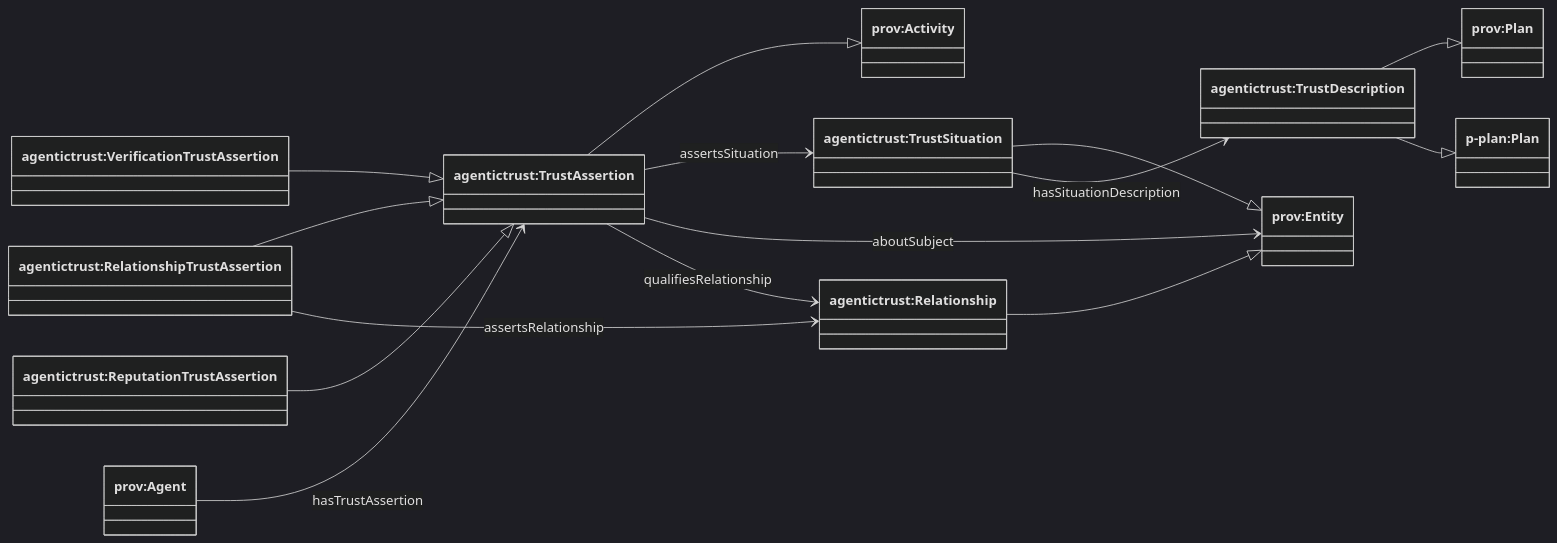
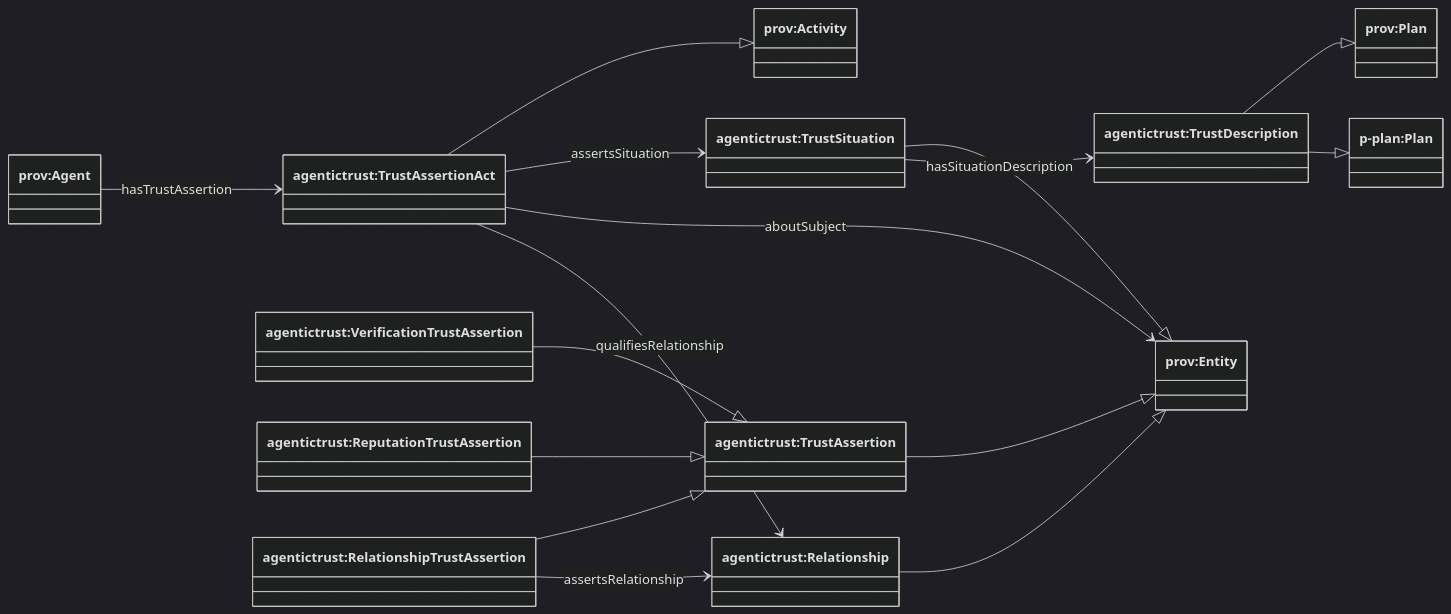
Before and after one commit to Agentic-Trust-Layer/agent-explorer: the first of 2 diagrams in docs/ontology/agentictrust-overview.md, drawn with Mermaid (dark theme). The commit also changed other lines of this file and 6 other files, not shown here.

````diff
--- a/docs/ontology/agentictrust-overview.md
+++ b/docs/ontology/agentictrust-overview.md
@@ -51,34 +52,36 @@
 ```mermaid
 classDiagram
 direction LR
 
 class provPlan["prov:Plan"]
 class pplanPlan["p-plan:Plan"]
 class provActivity["prov:Activity"]
 class provEntity["prov:Entity"]
 class provAgent["prov:Agent"]
 
 class TrustDescription["agentictrust:TrustDescription"]
 class TrustSituation["agentictrust:TrustSituation"]
 class TrustAssertion["agentictrust:TrustAssertion"]
+class TrustAssertionAct["agentictrust:TrustAssertionAct"]
 class VerificationAssertion["agentictrust:VerificationTrustAssertion"]
 class ReputationAssertion["agentictrust:ReputationTrustAssertion"]
 class Relationship["agentictrust:Relationship"]
 class RelationshipAssertion["agentictrust:RelationshipTrustAssertion"]
 
 TrustDescription --|> provPlan
 TrustDescription --|> pplanPlan
 TrustSituation --|> provEntity
-TrustAssertion --|> provActivity
+TrustAssertion --|> provEntity
+TrustAssertionAct --|> provActivity
 VerificationAssertion --|> TrustAssertion
 ReputationAssertion --|> TrustAssertion
 Relationship --|> provEntity
 RelationshipAssertion --|> TrustAssertion
 
 TrustSituation --> TrustDescription : hasSituationDescription
-TrustAssertion --> TrustSituation : assertsSituation
-TrustAssertion --> provEntity : aboutSubject
+TrustAssertionAct --> TrustSituation : assertsSituation
+TrustAssertionAct --> provEntity : aboutSubject
 RelationshipAssertion --> Relationship : assertsRelationship
-TrustAssertion --> Relationship : qualifiesRelationship
-provAgent --> TrustAssertion : hasTrustAssertion
+TrustAssertionAct --> Relationship : qualifiesRelationship
+provAgent --> TrustAssertionAct : hasTrustAssertion
 ```
````
